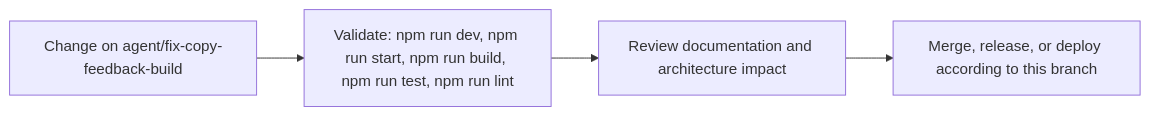
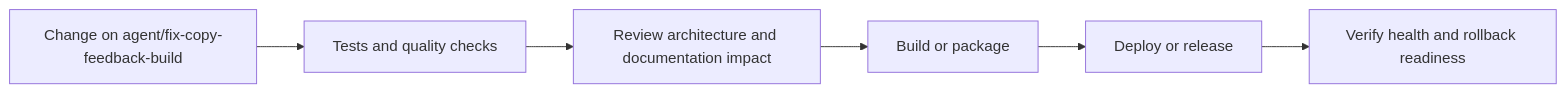
One commit to Nischhalsubba/BindForge-NW changed the fifth of 6 diagrams in README.md. Above: the diagram before and after it, drawn with Mermaid. The commit also changed other lines of this file, not shown here.

````diff
--- a/README.md
+++ b/README.md
@@ -88,8 +184,8 @@
 ```mermaid
 flowchart LR
-    CHANGE["Change on agent/fix-copy-feedback-build"]
-    CHECK["Validate: npm run dev, npm run start, npm run build, npm run test, npm run lint"]
-    REVIEW["Review documentation and architecture impact"]
-    RELEASE["Merge, release, or deploy according to this branch"]
-    CHANGE --> CHECK --> REVIEW --> RELEASE
+    CHANGE["Change on agent/fix-copy-feedback-build"] --> CHECK["Tests and quality checks"]
+    CHECK --> REVIEW["Review architecture and documentation impact"]
+    REVIEW --> BUILD["Build or package"]
+    BUILD --> DEPLOY["Deploy or release"]
+    DEPLOY --> VERIFY["Verify health and rollback readiness"]
 ```
````
